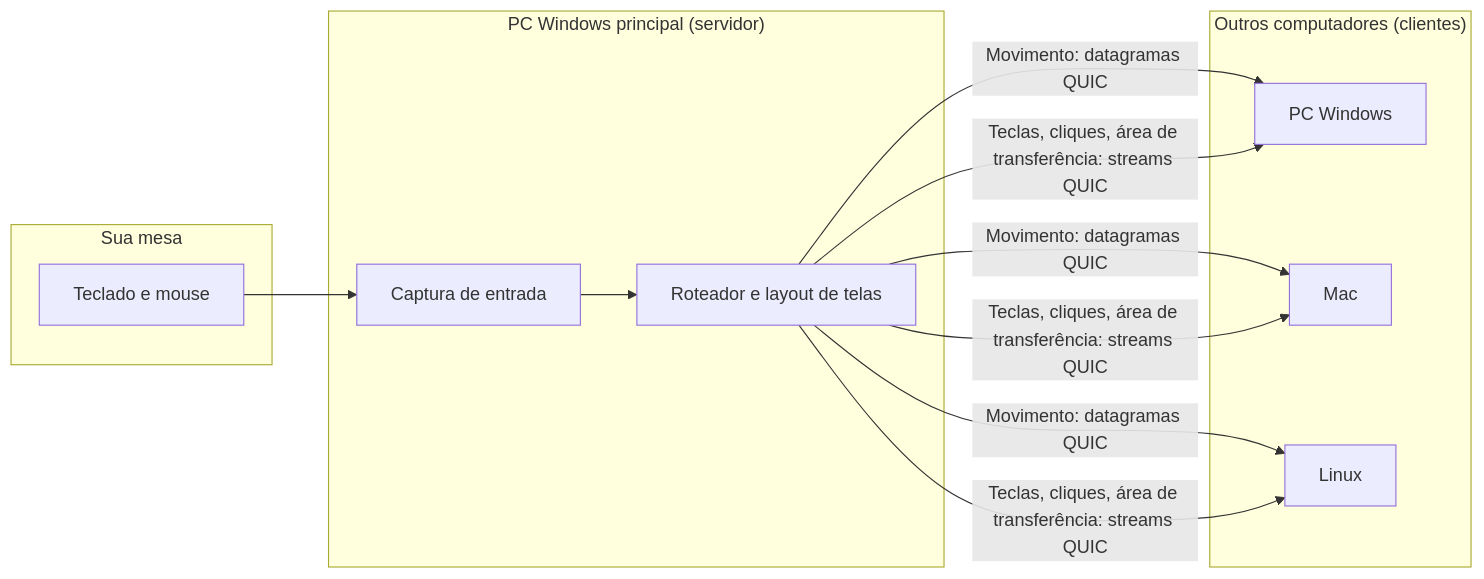
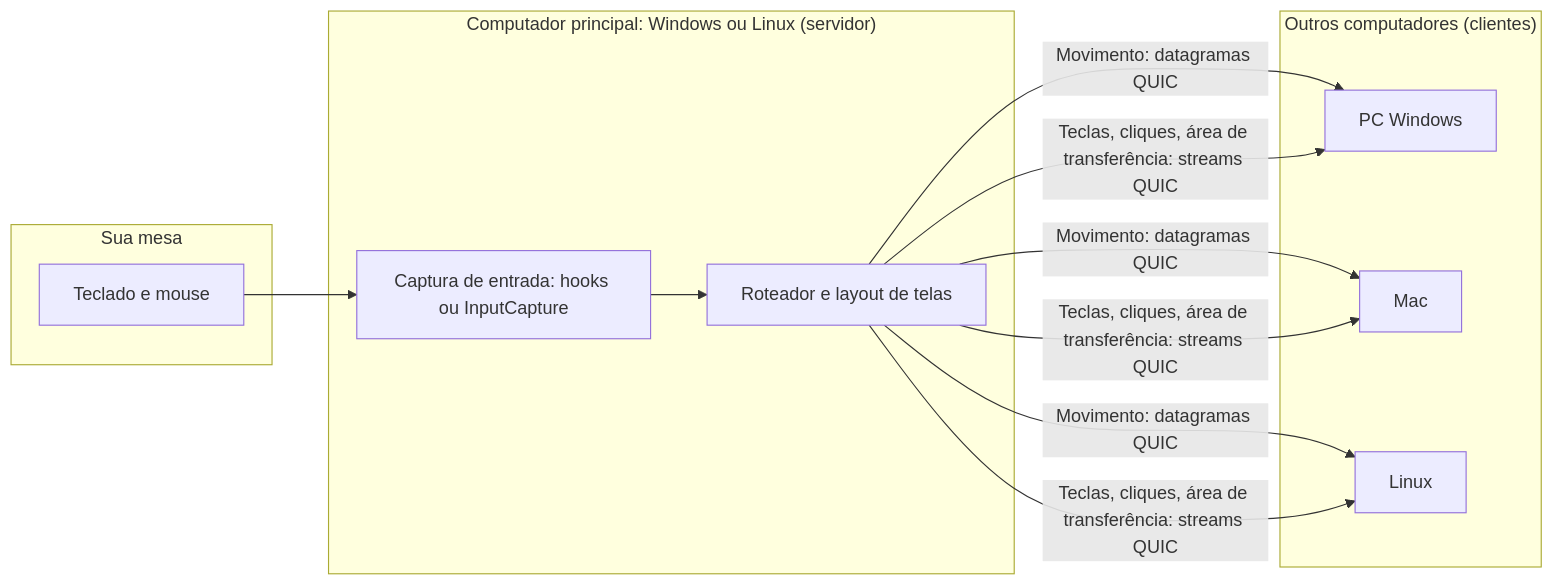
The diagram in README.pt-BR.md (actus7/mousex), drawn with Mermaid before and after one commit. The commit also changed other lines of this file and 4 other files, not shown here.

First line of the commit message:
docs: Linux como computador principal; mousex monitor, side e arrange

````diff
--- a/README.pt-BR.md
+++ b/README.pt-BR.md
@@ -142,26 +160,26 @@
 ```mermaid
 flowchart LR
     subgraph Mesa["Sua mesa"]
         K[Teclado e mouse]
     end
 
-    subgraph Servidor["PC Windows principal (servidor)"]
-        H[Captura de entrada]
+    subgraph Servidor["Computador principal: Windows ou Linux (servidor)"]
+        H[Captura de entrada: hooks ou InputCapture]
         R[Roteador e layout de telas]
         H --> R
     end
 
     subgraph Clientes["Outros computadores (clientes)"]
         W[PC Windows]
         M[Mac]
         L[Linux]
     end
 
     K --> H
     R -- "Movimento: datagramas QUIC" --> W
     R -- "Teclas, cliques, área de transferência: streams QUIC" --> W
     R -- "Movimento: datagramas QUIC" --> M
     R -- "Teclas, cliques, área de transferência: streams QUIC" --> M
     R -- "Movimento: datagramas QUIC" --> L
     R -- "Teclas, cliques, área de transferência: streams QUIC" --> L
 ```
````
